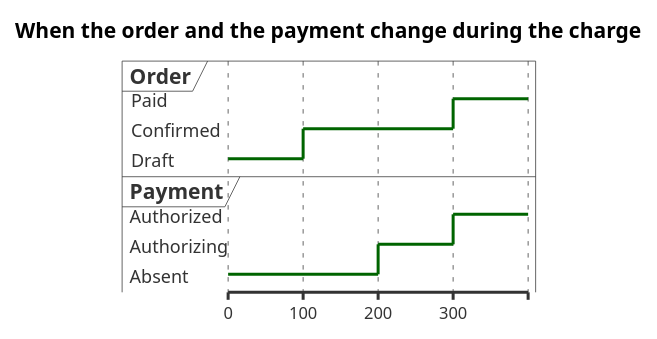
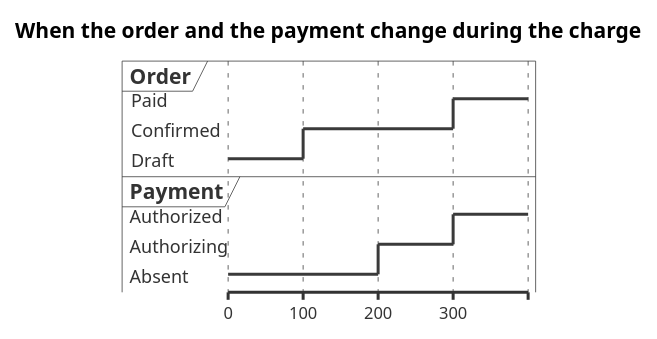
Before and after one commit to ADRenaline-Suite/plugin-uml-diagrams: the diagram in skills/generate-diagram/references/timing-v2.es.md, drawn with PlantUML. The commit also changed other lines of this file and 104 other files, not shown here.

First line of the commit message:
Fija la presentación en negro sobre blanco y añade una lectura bajo el Mermaid.

````diff
--- a/skills/generate-diagram/references/timing-v2.es.md
+++ b/skills/generate-diagram/references/timing-v2.es.md
@@ -36,19 +38,20 @@
 ```plantuml
 @startuml
+skinparam monochrome true
 title When the order and the payment change during the charge
 
 robust "Order" as order
 robust "Payment" as payment
 
 @0
 order is Draft
 payment is Absent
 @100
 order is Confirmed
 @200
 payment is Authorizing
 @300
 payment is Authorized
 order is Paid
 @enduml
 ```
````
